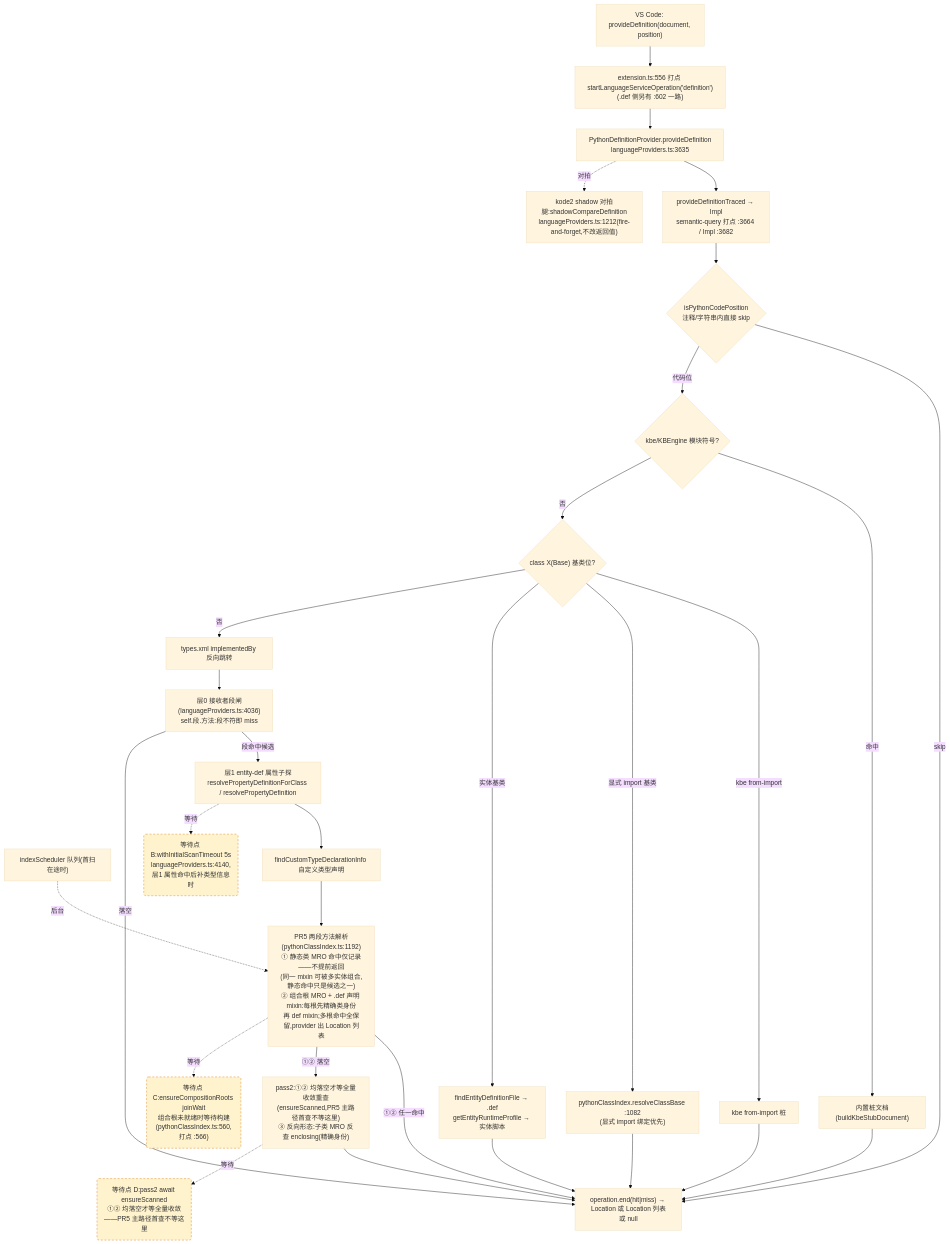
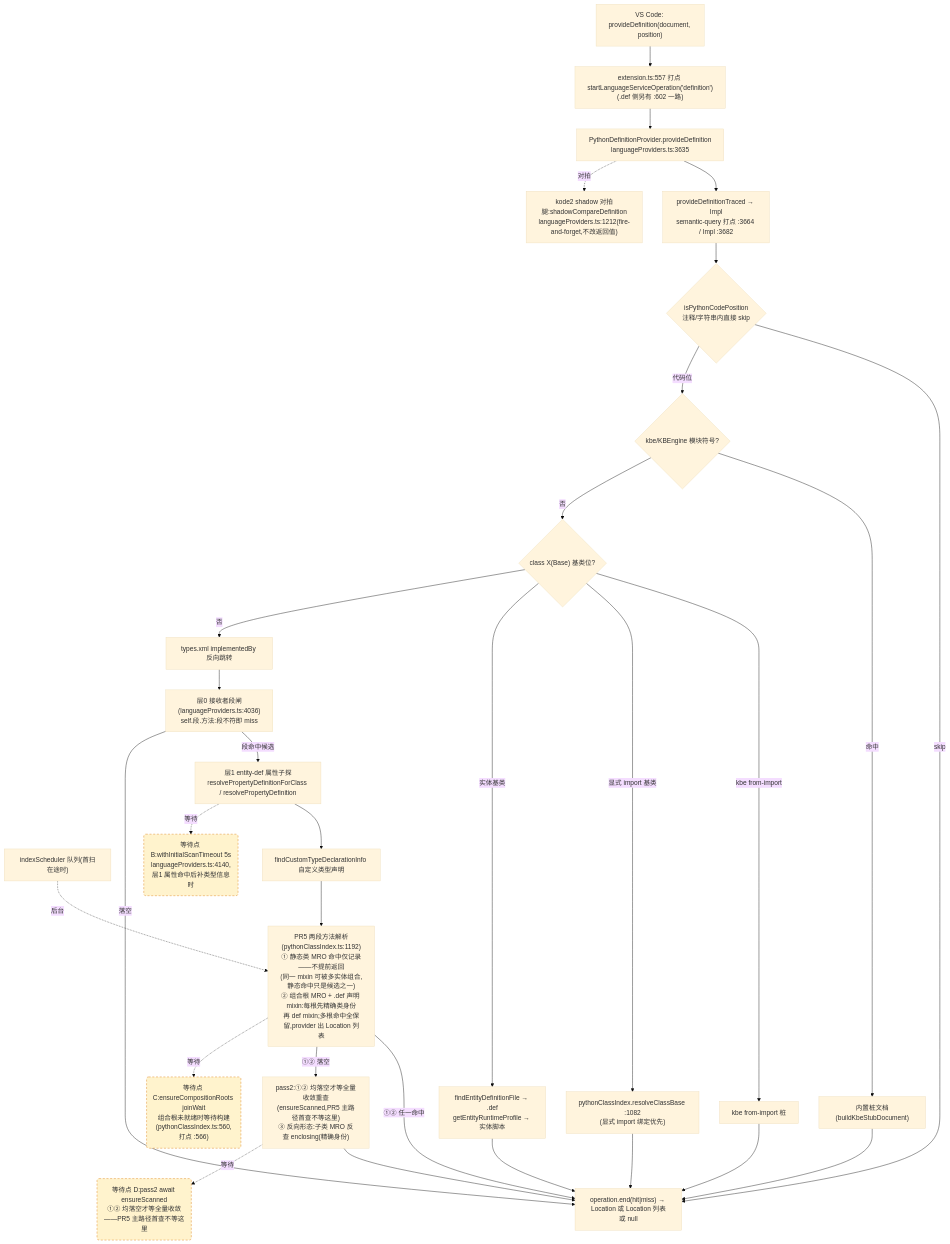
The second of 4 diagrams in docs/perf/2026-baseline.md (cuihairu/kode), drawn with Mermaid (base theme) before and after one commit. The commit also changed other lines of this file and 13 other files, not shown here.

````diff
--- a/docs/perf/2026-baseline.md
+++ b/docs/perf/2026-baseline.md
@@ -128,51 +128,51 @@
 ```mermaid
 flowchart TD
   VC2["VS Code: provideDefinition(document, position)"]
-  M2["extension.ts:556 打点 startLanguageServiceOperation('definition')<br/>(.def 侧另有 :602 一路)"]
+  M2["extension.ts:557 打点 startLanguageServiceOperation('definition')<br/>(.def 侧另有 :602 一路)"]
   AD2["PythonDefinitionProvider.provideDefinition<br/>languageProviders.ts:3635"]
   TR["provideDefinitionTraced → Impl<br/>semantic-query 打点 :3664 / Impl :3682"]
   CTX{"isPythonCodePosition<br/>注释/字符串内直接 skip"}
   KBE{"kbe/KBEngine 模块符号?"}
   STUB["内置桩文档(buildKbeStubDocument)"]
   CB{"class X(Base) 基类位?"}
   CB1["kbe from-import 桩"]
   CB2["pythonClassIndex.resolveClassBase :1082<br/>(显式 import 绑定优先)"]
   CB3["findEntityDefinitionFile → .def<br/>getEntityRuntimeProfile → 实体脚本"]
   REV["types.xml implementedBy 反向跳转"]
   L0["层0 接收者段闸(languageProviders.ts:4036)<br/>self.段.方法:段不符即 miss"]
   L1["层1 entity-def 属性子探<br/>resolvePropertyDefinitionForClass / resolvePropertyDefinition"]
   SCAN["indexScheduler 队列(首扫在途时)"]
   TY["findCustomTypeDeclarationInfo 自定义类型声明"]
   MRO["PR5 两段方法解析(pythonClassIndex.ts:1192)<br/>① 静态类 MRO 命中仅记录——不提前返回<br/>(同一 mixin 可被多实体组合,静态命中只是候选之一)<br/>② 组合根 MRO + .def 声明 mixin:每根先精确类身份<br/>再 def mixin;多根命中全保留,provider 出 Location 列表"]
   PASS2["pass2:①② 均落空才等全量收敛重查<br/>(ensureScanned,PR5 主路径首查不等这里)<br/>③ 反向形态:子类 MRO 反查 enclosing(精确身份)"]
   SHD["kode2 shadow 对拍腿:shadowCompareDefinition<br/>languageProviders.ts:1212(fire-and-forget,不改返回值)"]
   END2["operation.end(hit|miss) → Location 或 Location 列表或 null"]
 
   VC2 --> M2 --> AD2 --> TR --> CTX
   CTX -- "skip" --> END2
   CTX -- "代码位" --> KBE
   KBE -- "命中" --> STUB --> END2
   KBE -- "否" --> CB
   CB -- "kbe from-import" --> CB1 --> END2
   CB -- "显式 import 基类" --> CB2 --> END2
   CB -- "实体基类" --> CB3 --> END2
   CB -- "否" --> REV --> L0
   L0 -- "段命中候选" --> L1
   L0 -- "落空" --> END2
   L1 --> TY
   TY --> MRO
   MRO -- "①② 任一命中" --> END2
   MRO -- "①② 落空" --> PASS2 --> END2
   AD2 -.->|对拍| SHD
 
   WAITB("等待点 B:withInitialScanTimeout 5s<br/>languageProviders.ts:4140,层1 属性命中后补类型信息时")
   WAITC("等待点 C:ensureCompositionRoots joinWait<br/>组合根未就绪时等待构建(pythonClassIndex.ts:560,打点 :566)")
   WAITD("等待点 D:pass2 await ensureScanned<br/>①② 均落空才等全量收敛——PR5 主路径首查不等这里")
   L1 -.->|等待| WAITB
   MRO -.->|等待| WAITC
   PASS2 -.->|等待| WAITD
   SCAN -.->|后台| MRO
 
   classDef waitPoint fill:#fff3cd,stroke:#d97706,stroke-dasharray:5 4;
   class WAITB,WAITC,WAITD waitPoint;
 ```
````
